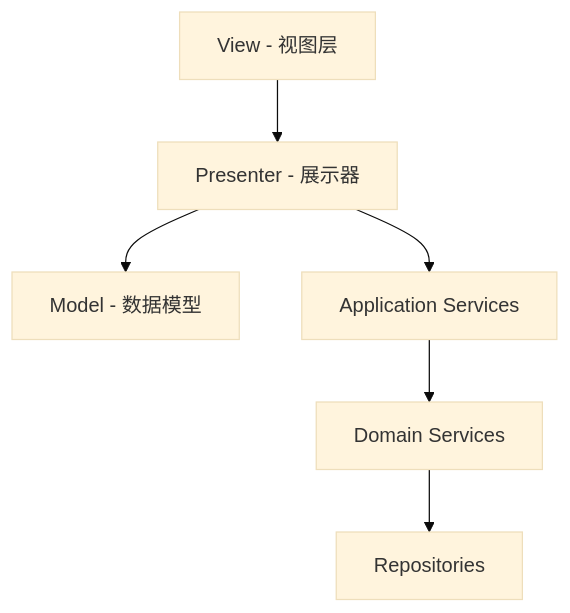
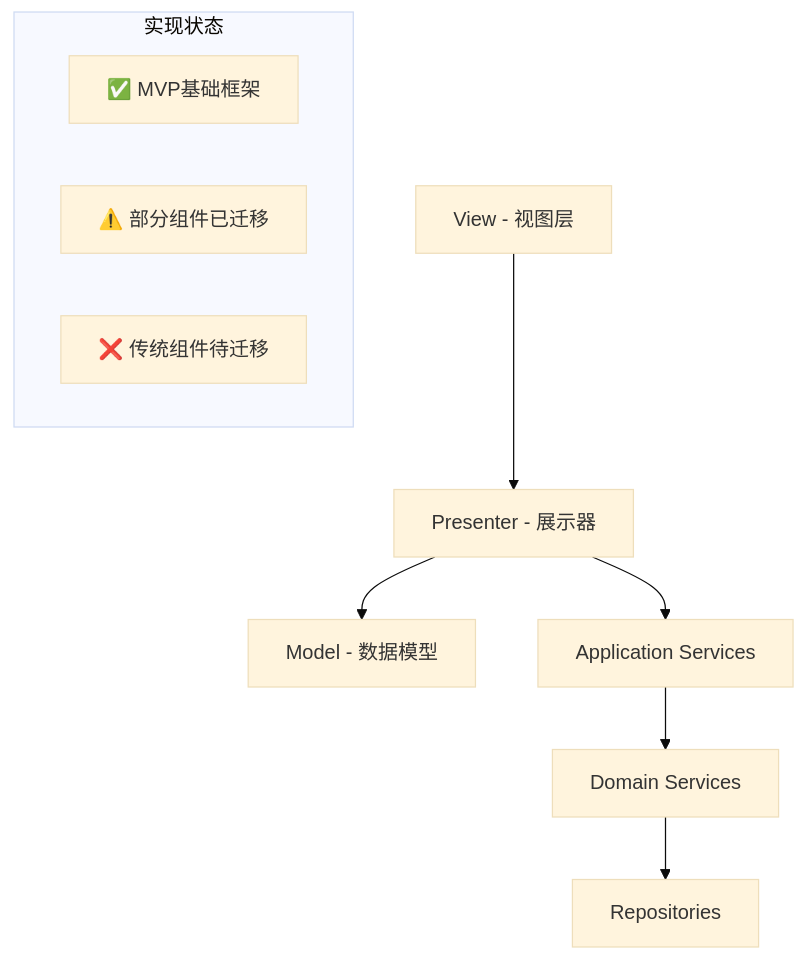
Before and after one commit to pared2021/honkai-star-rail-automation: the first of 2 diagrams in .trae/documents/项目结构分析文档.md, drawn with Mermaid (base theme). The commit also changed other lines of this file and 26 other files, not shown here.

````diff
--- a/.trae/documents/项目结构分析文档.md
+++ b/.trae/documents/项目结构分析文档.md
@@ -122,8 +127,14 @@
 ```mermaid
 graph TD
     A[View - 视图层] --> B[Presenter - 展示器]
     B --> C[Model - 数据模型]
     B --> D[Application Services]
     D --> E[Domain Services]
     E --> F[Repositories]
+    
+    subgraph "实现状态"
+        G[✅ MVP基础框架]
+        H[⚠️ 部分组件已迁移]
+        I[❌ 传统组件待迁移]
+    end
 ```
````
